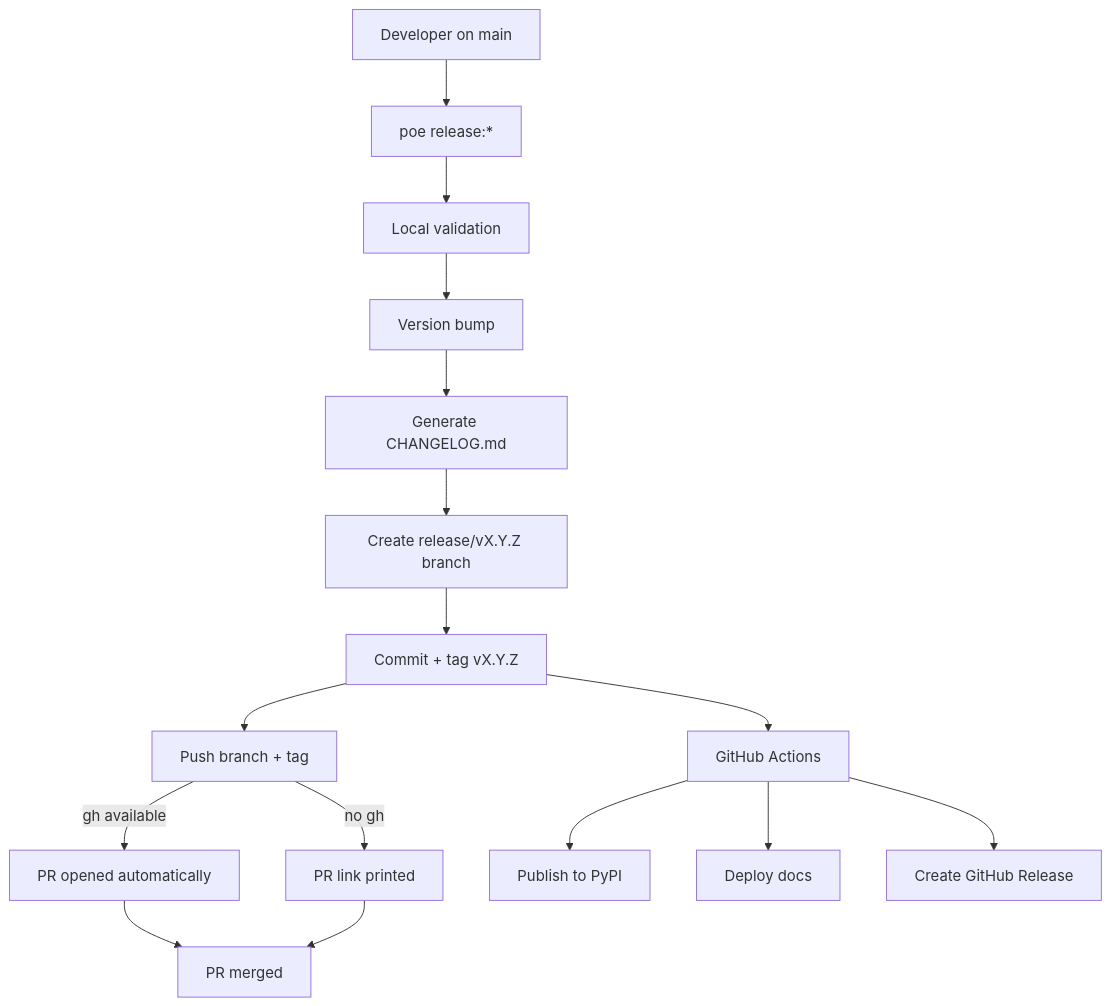
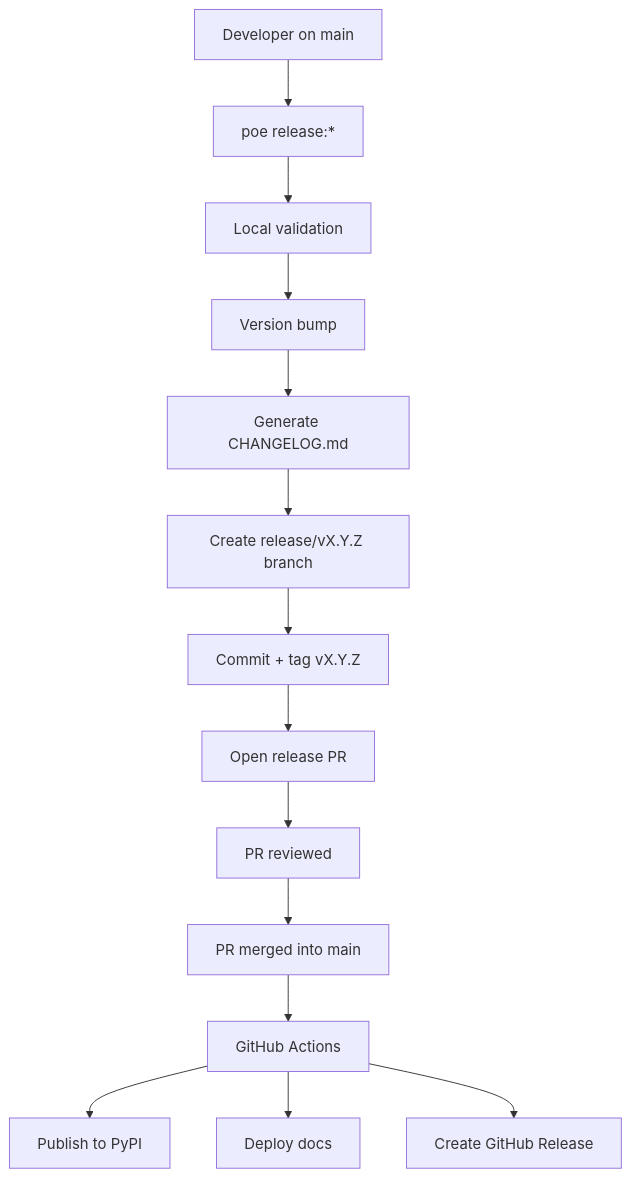
The diagram in RELEASE_GUIDE.md (forging-blocks-org/forging-blocks), drawn with Mermaid before and after one commit. The commit also changed other lines of this file, not shown here.

First line of the commit message:
Improve RELEASE_GUIDE.md to reflect new release process

````diff
--- a/RELEASE_GUIDE.md
+++ b/RELEASE_GUIDE.md
@@ -126,18 +153,16 @@
 ```mermaid
 flowchart TD
     A[Developer on main] --> B[poe release:*]
     B --> C[Local validation]
     C --> D[Version bump]
     D --> E[Generate CHANGELOG.md]
     E --> F[Create release/vX.Y.Z branch]
     F --> G[Commit + tag vX.Y.Z]
-    G --> H[Push branch + tag]
-    H -->|gh available| I[PR opened automatically]
-    H -->|no gh| J[PR link printed]
-    G --> K[GitHub Actions]
+    G --> H[Open release PR]
+    H --> I[PR reviewed]
+    I --> J[PR merged into main]
+    J --> K[GitHub Actions]
     K --> L[Publish to PyPI]
     K --> M[Deploy docs]
     K --> N[Create GitHub Release]
-    I --> O[PR merged]
-    J --> O
 ```
````
